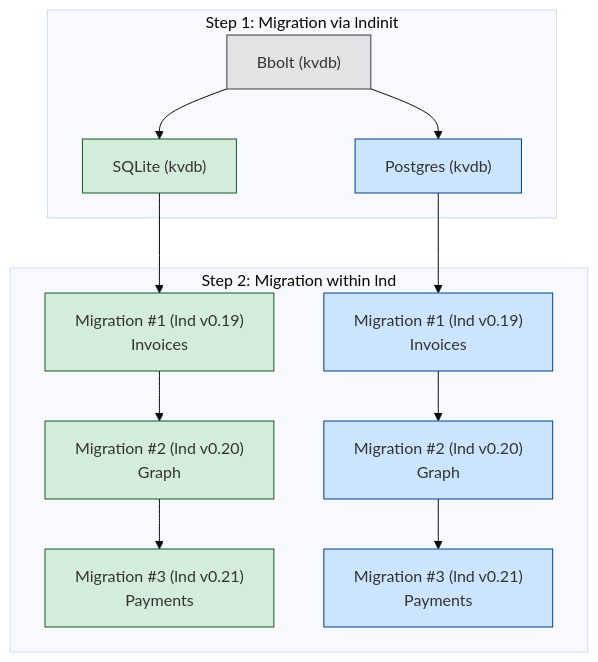
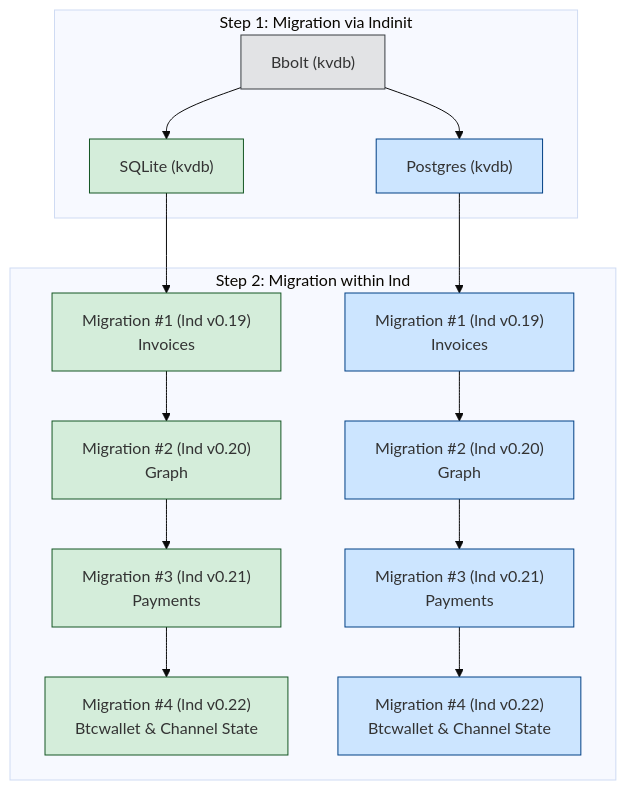
The diagram in docs/lnd/db_migration_guide.md (lightninglabs/docs.lightning.engineering), drawn with Mermaid (base theme) before and after one commit. The commit also changed other lines of this file and 2 other files, not shown here.

````diff
--- a/docs/lnd/db_migration_guide.md
+++ b/docs/lnd/db_migration_guide.md
@@ -37,54 +37,60 @@
 ```mermaid
 flowchart TD
     %% 1. Define all nodes
     Bbolt["Bbolt (kvdb)"]
     SQLite["SQLite (kvdb)"]
     Postgres["Postgres (kvdb)"]
     
     M1_Sqlite["Migration #1 (lnd v0.19)<br>Invoices"]
     M2_Sqlite["Migration #2 (lnd v0.20)<br>Graph"]
     M3_Sqlite["Migration #3 (lnd v0.21)<br>Payments"]
+    M4_Sqlite["Migration #4 (lnd v0.22)<br>Btcwallet & Channel State"]
 
     M1_Postgres["Migration #1 (lnd v0.19)<br>Invoices"]
     M2_Postgres["Migration #2 (lnd v0.20)<br>Graph"]
     M3_Postgres["Migration #3 (lnd v0.21)<br>Payments"]
+    M4_Postgres["Migration #4 (lnd v0.22)<br>Btcwallet & Channel State"]
 
     %% 2. Define all links (within and between graphs)
     Bbolt --> SQLite
     Bbolt --> Postgres
     
     SQLite --> M1_Sqlite
     M1_Sqlite --> M2_Sqlite
     M2_Sqlite --> M3_Sqlite
+    M3_Sqlite --> M4_Sqlite
 
     Postgres --> M1_Postgres
     M1_Postgres --> M2_Postgres
     M2_Postgres --> M3_Postgres
+    M3_Postgres --> M4_Postgres
 
     %% 3. Group nodes into subgraphs
     subgraph "Step 1: Migration via lndinit"
         Bbolt
         SQLite
         Postgres
     end
 
     subgraph "Step 2: Migration within lnd"
         M1_Sqlite
         M2_Sqlite
         M3_Sqlite
+        M4_Sqlite
         M1_Postgres
         M2_Postgres
         M3_Postgres
+        M4_Postgres
     end
 
     %% 4. Apply Styles
     %% Define classes with explicit dark text color (#333)
     classDef bboltNode fill:#e2e3e5,stroke:#383d41,color:#333
     classDef sqliteNode fill:#d4edda,stroke:#155724,color:#333
     classDef postgresNode fill:#cce5ff,stroke:#004085,color:#333
 
     %% Apply classes to nodes
     class Bbolt bboltNode
-    class SQLite,M1_Sqlite,M2_Sqlite,M3_Sqlite sqliteNode
-    class Postgres,M1_Postgres,M2_Postgres,M3_Postgres postgresNode
+    class SQLite,M1_Sqlite,M2_Sqlite,M3_Sqlite,M4_Sqlite sqliteNode
+    class Postgres,M1_Postgres,M2_Postgres,M3_Postgres,M4_Postgres postgresNode
 ```
````
